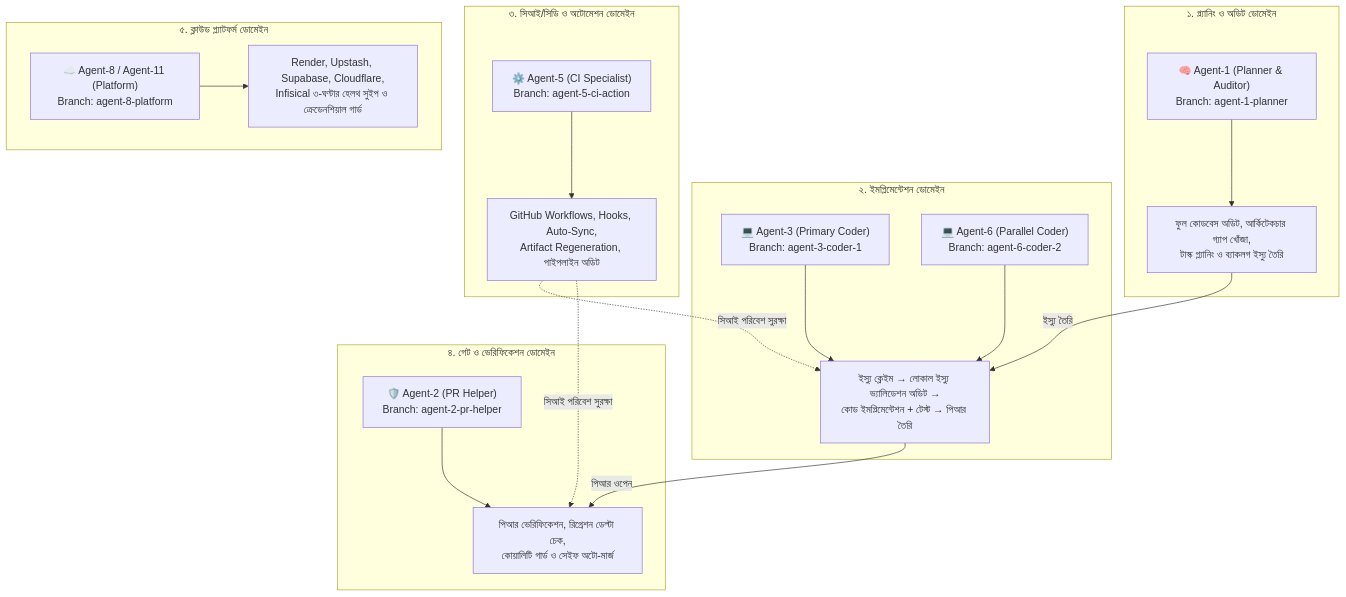
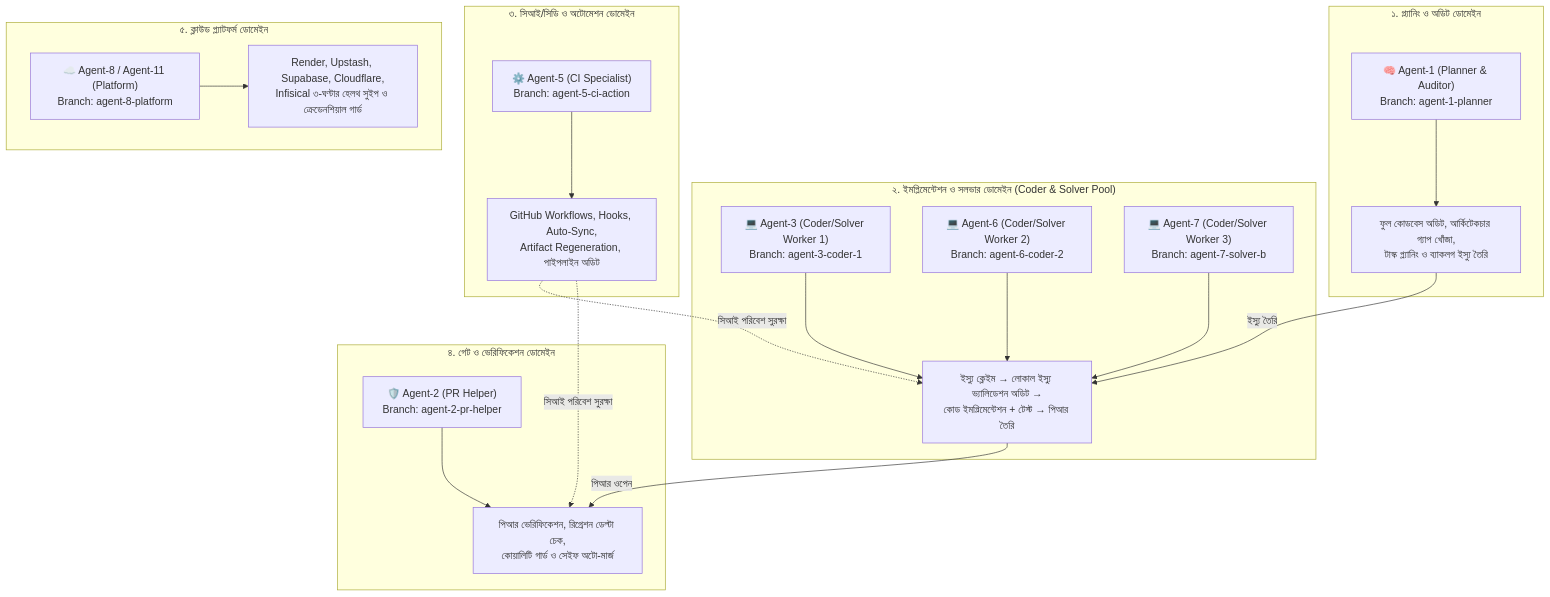
Before and after one commit to SaifulHaqueNiloy/supremeai: the diagram in docs/agents/AGENT_WORK_BOUNDARIES_CHARTER.md, drawn with Mermaid. The commit also changed other lines of this file and 3 other files, not shown here.

First line of the commit message:
refactor(agents): unify Coder and Solver slots into single Code Implementer & Issue Solver pool (#1718) (#1719)

````diff
--- a/docs/agents/AGENT_WORK_BOUNDARIES_CHARTER.md
+++ b/docs/agents/AGENT_WORK_BOUNDARIES_CHARTER.md
@@ -28,39 +28,41 @@
 ```mermaid
 flowchart TD
     subgraph PlanningAndAudit["১. প্ল্যানিং ও অডিট ডোমেইন"]
         A1["🧠 Agent-1 (Planner & Auditor)<br/>Branch: agent-1-planner"]
         AUDIT["ফুল কোডবেস অডিট, আর্কিটেকচার গ্যাপ খোঁজা,<br/>টাস্ক প্ল্যানিং ও ব্যাকলগ ইস্যু তৈরি"]
         A1 --> AUDIT
     end
 
-    subgraph Implementation["২. ইমপ্লিমেন্টেশন ডোমেইন"]
-        A3["💻 Agent-3 (Primary Coder)<br/>Branch: agent-3-coder-1"]
-        A6["💻 Agent-6 (Parallel Coder)<br/>Branch: agent-6-coder-2"]
+    subgraph Implementation["২. ইমপ্লিমেন্টেশন ও সলভার ডোমেইন (Coder & Solver Pool)"]
+        A3["💻 Agent-3 (Coder/Solver Worker 1)<br/>Branch: agent-3-coder-1"]
+        A6["💻 Agent-6 (Coder/Solver Worker 2)<br/>Branch: agent-6-coder-2"]
+        A7["💻 Agent-7 (Coder/Solver Worker 3)<br/>Branch: agent-7-solver-b"]
         CODE["ইস্যু ক্লেইম → লোকাল ইস্যু ভ্যালিডেশন অডিট →<br/>কোড ইমপ্লিমেন্টেশন + টেস্ট → পিআর তৈরি"]
         A3 --> CODE
         A6 --> CODE
+        A7 --> CODE
     end
 
     subgraph AutomationAndCI["৩. সিআই/সিডি ও অটোমেশন ডোমেইন"]
         A5["⚙️ Agent-5 (CI Specialist)<br/>Branch: agent-5-ci-action"]
         CI["GitHub Workflows, Hooks, Auto-Sync,<br/>Artifact Regeneration, পাইপলাইন অডিট"]
         A5 --> CI
     end
 
     subgraph Verification["৪. গেট ও ভেরিফিকেশন ডোমেইন"]
         A2["🛡️ Agent-2 (PR Helper)<br/>Branch: agent-2-pr-helper"]
         MERGE["পিআর ভেরিফিকেশন, রিগ্রেশন ডেল্টা চেক,<br/>কোয়ালিটি গার্ড ও সেইফ অটো-মার্জ"]
         A2 --> MERGE
     end
 
     subgraph Platform["৫. ক্লাউড প্ল্যাটফর্ম ডোমেইন"]
         A8["☁️ Agent-8 / Agent-11 (Platform)<br/>Branch: agent-8-platform"]
         CLOUD["Render, Upstash, Supabase, Cloudflare,<br/>Infisical ৩-ঘণ্টার হেলথ সুইপ ও ক্রেডেনশিয়াল গার্ড"]
         A8 --> CLOUD
     end
 
     AUDIT -->|ইস্যু তৈরি| CODE
     CODE -->|পিআর ওপেন| MERGE
     CI -.->|সিআই পরিবেশ সুরক্ষা| CODE
     CI -.->|সিআই পরিবেশ সুরক্ষা| MERGE
 ```
````
